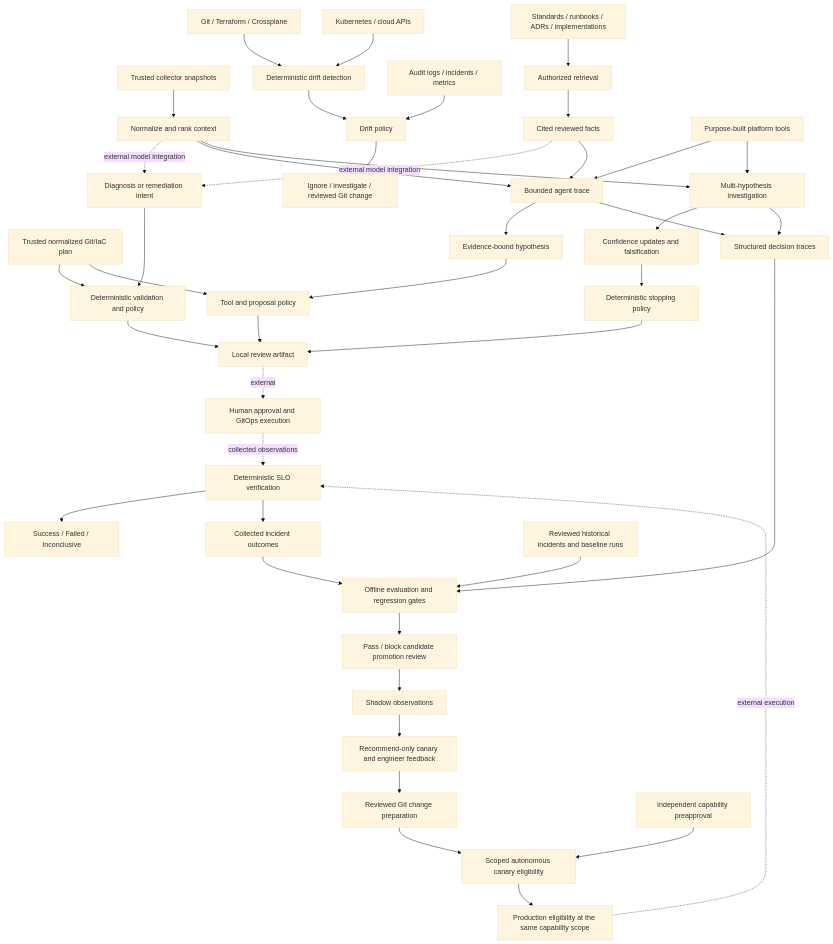
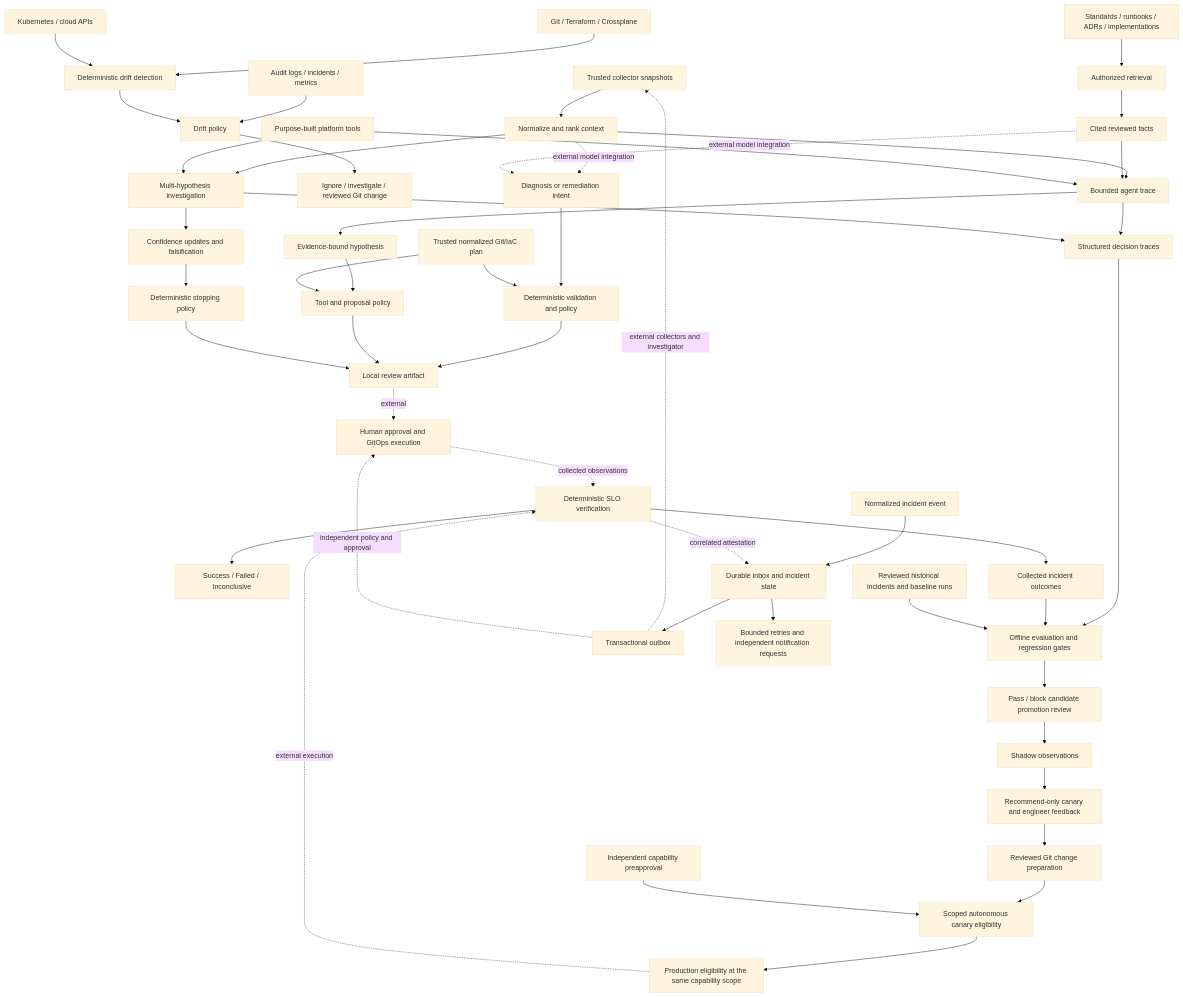
One commit to Vidon212/AI-incident-co-pilot changed the diagram in docs/00-architecture-and-safety.md. Above: the diagram before and after it, drawn with Mermaid (base theme). The commit also changed other lines of this file and 21 other files, not shown here.

Commit message:
Add durable event-driven incident investigation

````diff
--- a/docs/00-architecture-and-safety.md
+++ b/docs/00-architecture-and-safety.md
@@ -9,45 +9,51 @@
 ```mermaid
 flowchart TD
     Evidence[Trusted collector snapshots] --> Context[Normalize and rank context]
     Context -. external model integration .-> Intent[Diagnosis or remediation intent]
     Intent --> Policy[Deterministic validation and policy]
     Plan[Trusted normalized Git/IaC plan] --> Policy
     Policy --> Review[Local review artifact]
     Review -. external .-> Approval[Human approval and GitOps execution]
     Approval -. collected observations .-> Verify[Deterministic SLO verification]
     Verify --> Result[Success / Failed / Inconclusive]
     Desired[Git / Terraform / Crossplane] --> Drift[Deterministic drift detection]
     Observed[Kubernetes / cloud APIs] --> Drift
     Provenance[Audit logs / incidents / metrics] --> DriftPolicy[Drift policy]
     Drift --> DriftPolicy
     DriftPolicy --> DriftReview[Ignore / investigate / reviewed Git change]
     Knowledge[Standards / runbooks / ADRs / implementations] --> Retrieval[Authorized retrieval]
     Retrieval --> Grounding[Cited reviewed facts]
     Grounding -. external model integration .-> Intent
     Context --> Agent[Bounded agent trace]
     Grounding --> Agent
     Tools[Purpose-built platform tools] --> Agent
     Agent --> Hypothesis[Evidence-bound hypothesis]
     Hypothesis --> AgentPolicy[Tool and proposal policy]
     Plan --> AgentPolicy
     AgentPolicy --> Review
     Context --> Investigation[Multi-hypothesis investigation]
     Tools --> Investigation
     Investigation --> Falsification[Confidence updates and falsification]
     Falsification --> Stop[Deterministic stopping policy]
     Stop --> Review
     Agent --> Traces[Structured decision traces]
     Investigation --> Traces
     Verify --> Outcomes[Collected incident outcomes]
     Traces --> Evaluation[Offline evaluation and regression gates]
     Outcomes --> Evaluation
     Truth[Reviewed historical incidents and baseline runs] --> Evaluation
     Evaluation --> Promotion[Pass / block candidate promotion review]
     Promotion --> Shadow[Shadow observations]
     Shadow --> Canary[Recommend-only canary and engineer feedback]
     Canary --> Prepare[Reviewed Git change preparation]
     Prepare --> Limited[Scoped autonomous canary eligibility]
     Grant[Independent capability preapproval] --> Limited
     Limited --> Production[Production eligibility at the same capability scope]
     Production -. external execution .-> Verify
+    Alert[Normalized incident event] --> Inbox[Durable inbox and incident state]
+    Inbox --> Outbox[Transactional outbox]
+    Outbox -. external collectors and investigator .-> Evidence
+    Outbox -. independent policy and approval .-> Approval
+    Verify -. correlated attestation .-> Inbox
+    Inbox --> Escalation[Bounded retries and independent notification requests]
 ```
````
